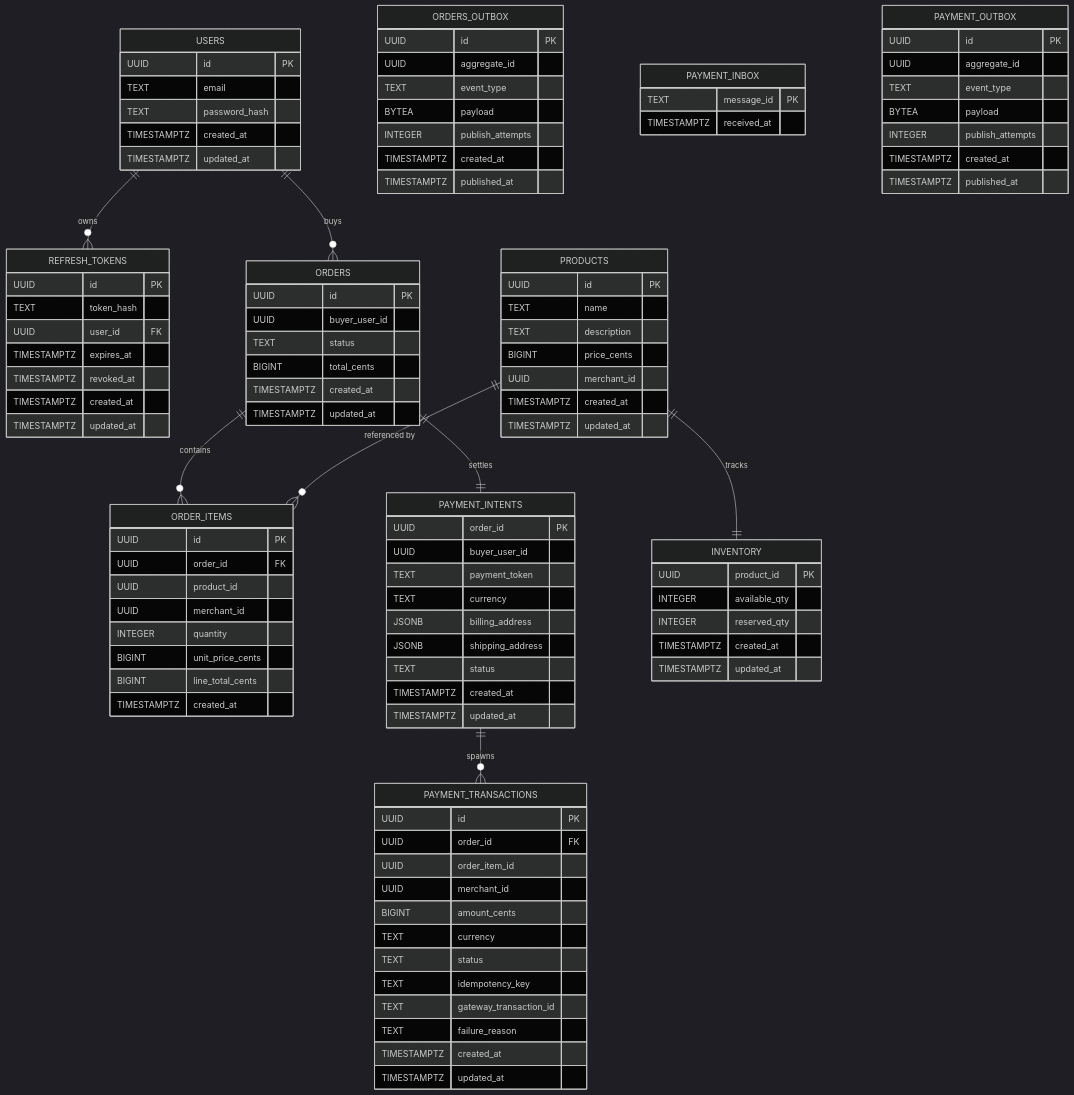
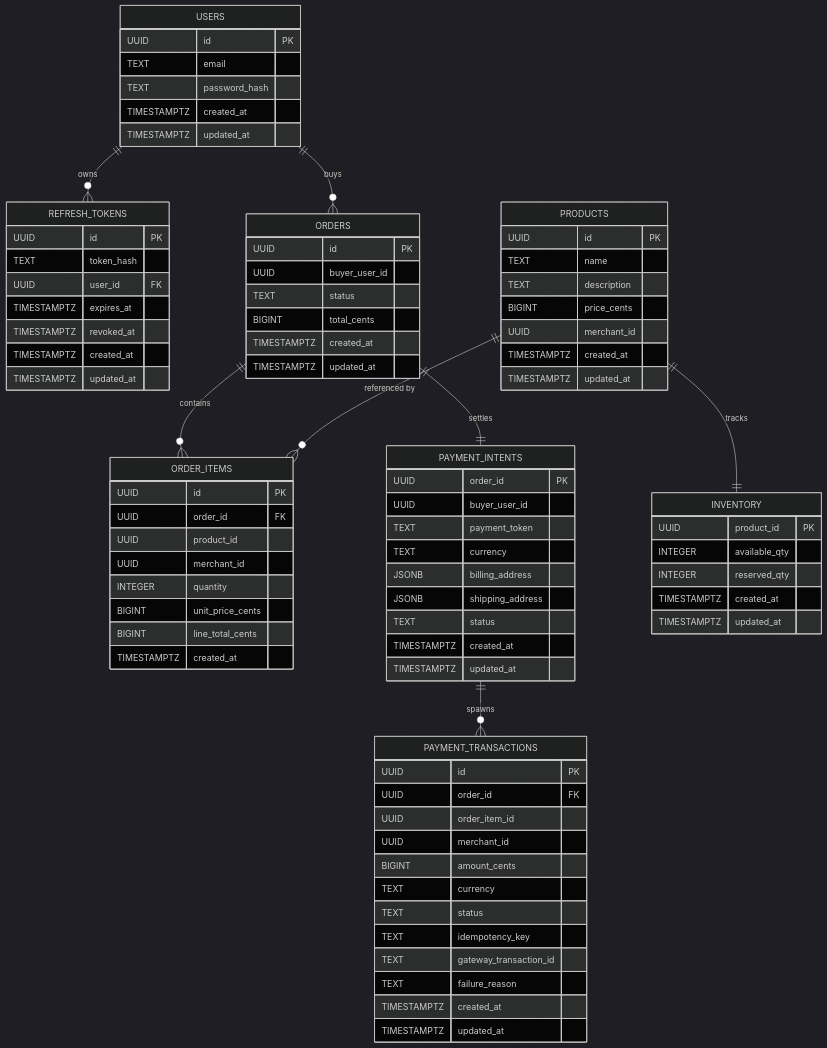
Before and after one commit to phuchoang2603/refurbished-marketplace: the second of 2 diagrams in README.md, drawn with Mermaid (dark theme). The commit also changed other lines of this file and 36 other files, not shown here.

```diff
--- a/README.md
+++ b/README.md
@@ -87,16 +88,6 @@
     TIMESTAMPTZ created_at
   }
 
-  ORDERS_OUTBOX {
-    UUID id PK
-    UUID aggregate_id
-    TEXT event_type
-    BYTEA payload
-    INTEGER publish_attempts
-    TIMESTAMPTZ created_at
-    TIMESTAMPTZ published_at
-  }
-
   PAYMENT_INTENTS {
     UUID order_id PK
     UUID buyer_user_id
@@ -124,21 +115,6 @@
     TIMESTAMPTZ updated_at
   }
 
-  PAYMENT_INBOX {
-    TEXT message_id PK
-    TIMESTAMPTZ received_at
-  }
-
-  PAYMENT_OUTBOX {
-    UUID id PK
-    UUID aggregate_id
-    TEXT event_type
-    BYTEA payload
-    INTEGER publish_attempts
-    TIMESTAMPTZ created_at
-    TIMESTAMPTZ published_at
-  }
-
   INVENTORY {
     UUID product_id PK
     INTEGER available_qty
```
